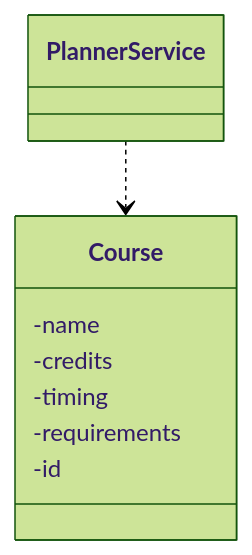
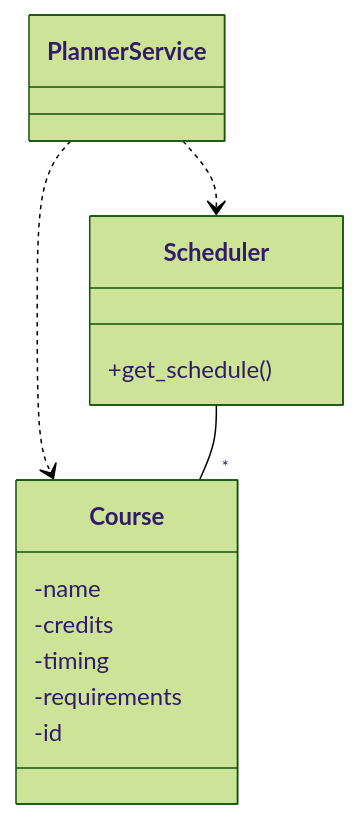
The first of 5 diagrams in dokumentaatio/arkkitehtuuri.md (TheJiahao/ohte-harjoitustyo), drawn with Mermaid (forest theme) before and after one commit. The commit also changed other lines of this file, not shown here.

````diff
--- a/dokumentaatio/arkkitehtuuri.md
+++ b/dokumentaatio/arkkitehtuuri.md
@@ -7,12 +9,18 @@
 ```mermaid
 classDiagram
     PlannerService ..> Course
-    
+    PlannerService ..> Scheduler
+    Scheduler -- "*" Course
+
     class Course {
         -name
         -credits
         -timing
         -requirements
         -id
     }
+
+    class Scheduler {
+        +get_schedule()
+    }
 ```
````
